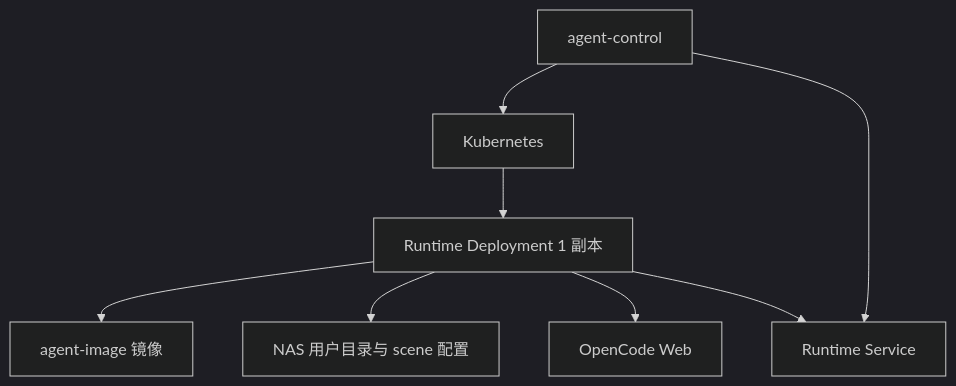
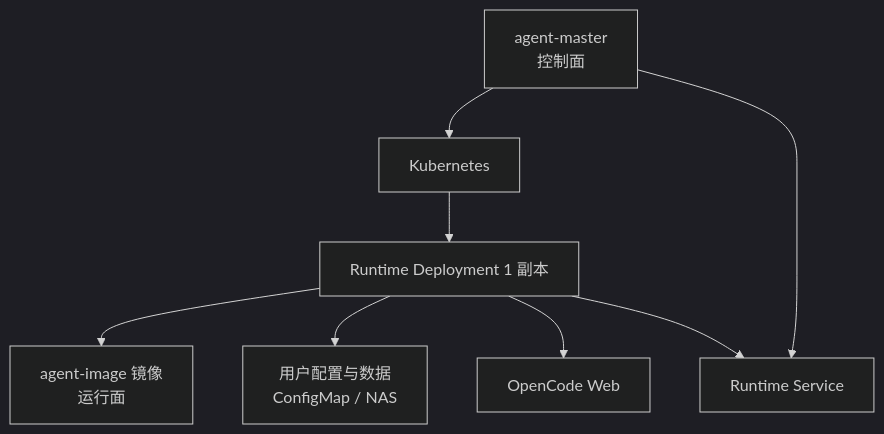
Before and after one commit to ArchAIHarness/agent-image: the diagram in README.md, drawn with Mermaid (dark theme). The commit also changed other lines of this file and 1 other file, not shown here.

Commit message:
Rename agent-control to agent-master and update architecture description

````diff
--- a/README.md
+++ b/README.md
@@ -27,18 +31,18 @@
 ```mermaid
 graph TD
-    CONTROL["agent-control"]
+    MASTER["agent-master<br/>控制面"]
     K8S["Kubernetes"]
     DEPLOY["Runtime Deployment 1 副本"]
     SVC["Runtime Service"]
-    IMAGE["agent-image 镜像"]
-    NAS["NAS 用户目录与 scene 配置"]
+    IMAGE["agent-image 镜像<br/>运行面"]
+    VOLUME["用户配置与数据<br/>ConfigMap / NAS"]
     OPENCODE["OpenCode Web"]
 
-    CONTROL --> K8S
+    MASTER --> K8S
     K8S --> DEPLOY
     DEPLOY --> IMAGE
-    DEPLOY --> NAS
+    DEPLOY --> VOLUME
     DEPLOY --> OPENCODE
     DEPLOY --> SVC
-    CONTROL --> SVC
+    MASTER --> SVC
 ```
````
